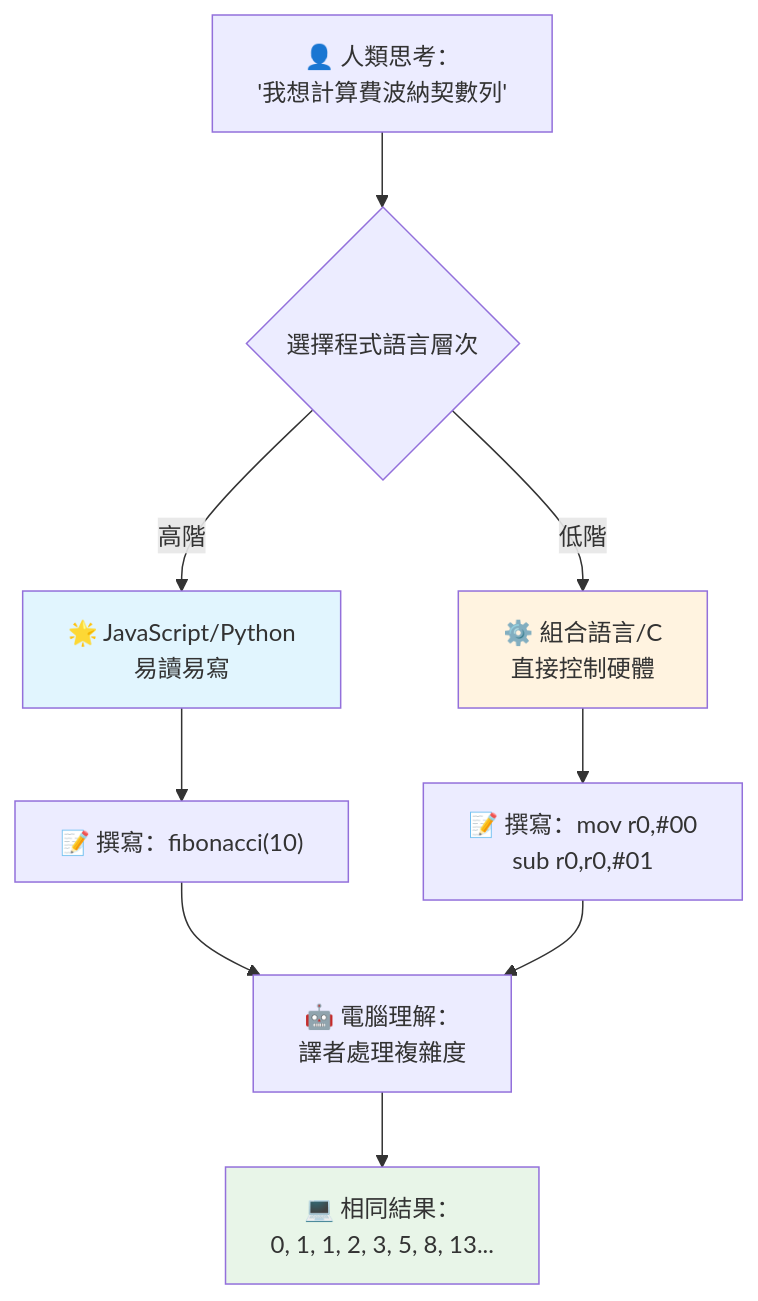
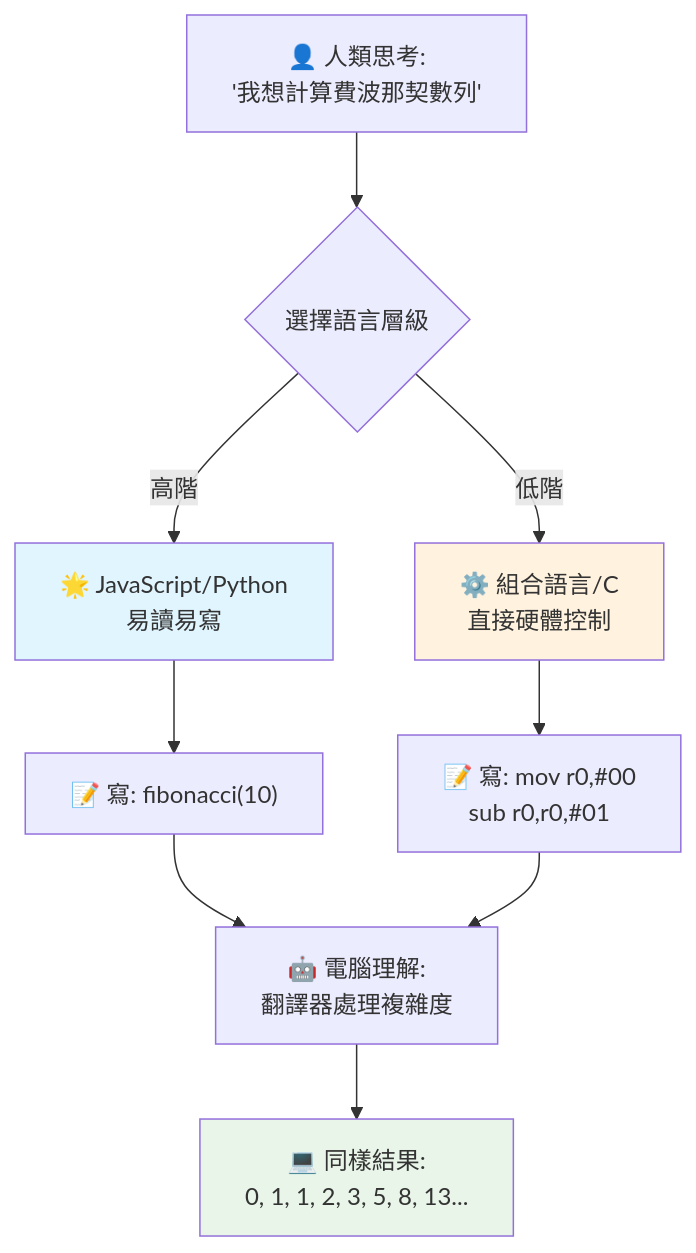
One commit to microsoft/Web-Dev-For-Beginners changed the third of 7 diagrams in translations/zh-HK/1-getting-started-lessons/1-intro-to-programming-languages/README.md. Above: the diagram before and after it, drawn with Mermaid. The commit also changed other lines of this file and 8 other files, not shown here.

````diff
--- a/translations/zh-HK/1-getting-started-lessons/1-intro-to-programming-languages/README.md
+++ b/translations/zh-HK/1-getting-started-lessons/1-intro-to-programming-languages/README.md
@@ -148,19 +148,19 @@
 ```mermaid
 flowchart TB
-    A["👤 人類思考：<br/>'我想計算費波納契數列'"] --> B{選擇程式語言層次}
+    A["👤 人類思考:<br/>'我想計算費波那契數列'"] --> B{選擇語言層級}
     
     B -->|高階| C["🌟 JavaScript/Python<br/>易讀易寫"]
-    B -->|低階| D["⚙️ 組合語言/C<br/>直接控制硬體"]
+    B -->|低階| D["⚙️ 組合語言/C<br/>直接硬體控制"]
     
-    C --> E["📝 撰寫：fibonacci(10)"]
-    D --> F["📝 撰寫：mov r0,#00<br/>sub r0,r0,#01"]
+    C --> E["📝 寫: fibonacci(10)"]
+    D --> F["📝 寫: mov r0,#00<br/>sub r0,r0,#01"]
     
-    E --> G["🤖 電腦理解：<br/>譯者處理複雜度"]
+    E --> G["🤖 電腦理解:<br/>翻譯器處理複雜度"]
     F --> G
     
-    G --> H["💻 相同結果：<br/>0, 1, 1, 2, 3, 5, 8, 13..."]
+    G --> H["💻 同樣結果:<br/>0, 1, 1, 2, 3, 5, 8, 13..."]
     
     style C fill:#e1f5fe
     style D fill:#fff3e0
     style H fill:#e8f5e8
 ```
````
